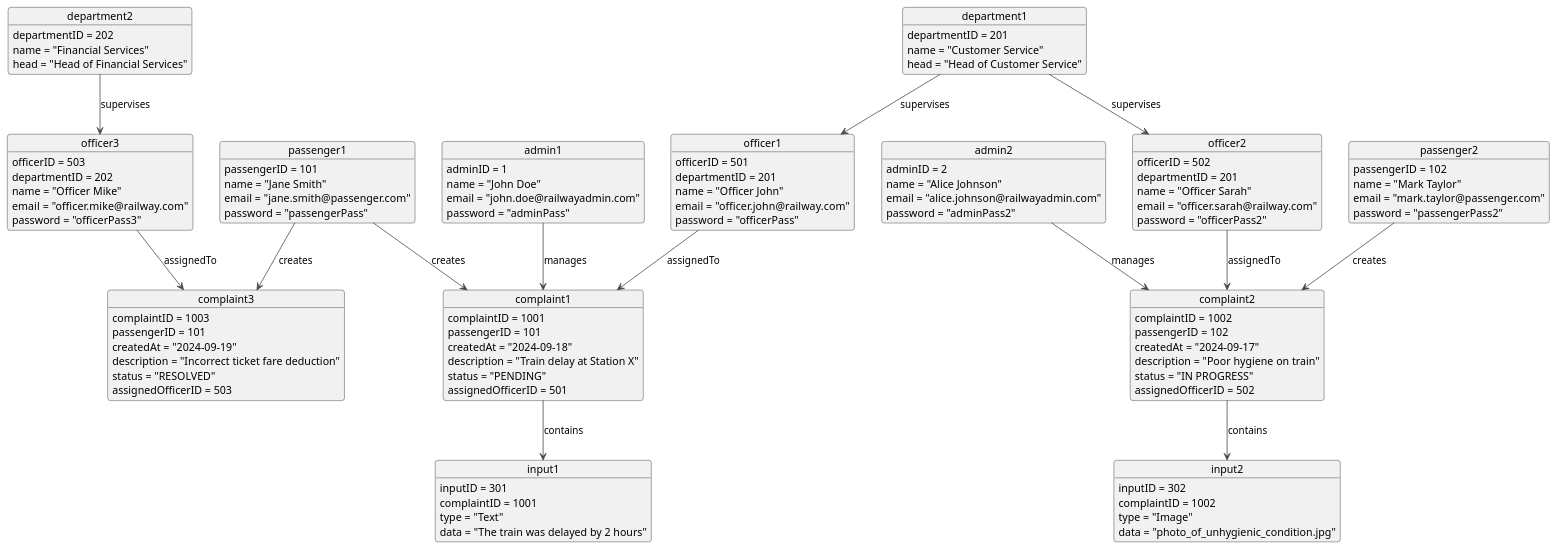
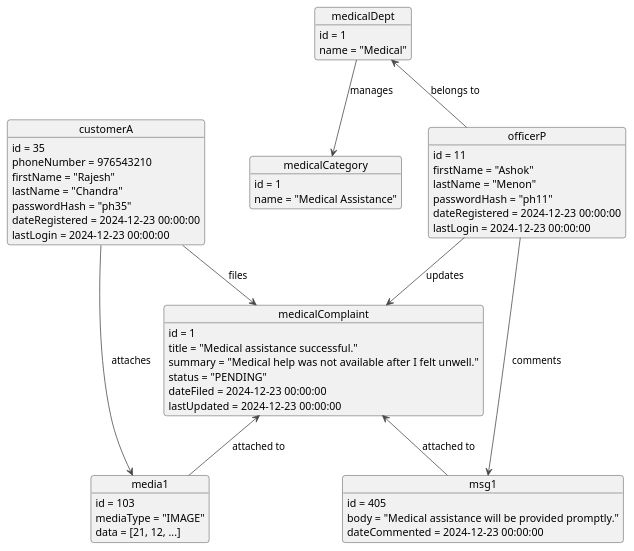
The diagram in uml/object/object.plantuml (Anikate-De/rail-madad), drawn with PlantUML before and after one commit. The commit also changed 1 other file, not shown here.

Commit message:
add object diagram

```diff
--- a/uml/object/object.plantuml
+++ b/uml/object/object.plantuml
@@ -1,126 +1,70 @@
 @startuml
 !theme vibrant
-object department1 {
-  departmentID = 201
-  name = "Customer Service"
-  head = "Head of Customer Service"
+
+object medicalDept {
+  id = 1
+  name = "Medical"
 }
 
-object department2 {
-  departmentID = 202
-  name = "Financial Services"
-  head = "Head of Financial Services"
+object medicalCategory {
+  id = 1
+  name = "Medical Assistance"
 }
 
-object officer1 {
-  officerID = 501
-  departmentID = 201
-  name = "Officer John"
-  email = "officer.john@railway.com"
-  password = "officerPass"
+object officerP {
+  id = 11
+  firstName = "Ashok"
+  lastName = "Menon"
+  passwordHash = "ph11"
+  dateRegistered = 2024-12-23 00:00:00
+  lastLogin = 2024-12-23 00:00:00
 }
 
-object officer2 {
-  officerID = 502
-  departmentID = 201
-  name = "Officer Sarah"
-  email = "officer.sarah@railway.com"
-  password = "officerPass2"
+object customerA {
+  id = 35
+  phoneNumber = 976543210
+  firstName = "Rajesh"
+  lastName = "Chandra"
+  passwordHash = "ph35"
+  dateRegistered = 2024-12-23 00:00:00
+  lastLogin = 2024-12-23 00:00:00
 }
 
-object officer3 {
-  officerID = 503
-  departmentID = 202
-  name = "Officer Mike"
-  email = "officer.mike@railway.com"
-  password = "officerPass3"
+object medicalComplaint {
+  id = 1
+  title = "Medical assistance successful."
+  summary = "Medical help was not available after I felt unwell."
+  status = "PENDING"
+  dateFiled = 2024-12-23 00:00:00
+  lastUpdated = 2024-12-23 00:00:00
 }
 
-object admin1 {
-  adminID = 1
-  name = "John Doe"
-  email = "john.doe@railwayadmin.com"
-  password = "adminPass"
+object media1 {
+  id = 103
+  mediaType = "IMAGE"
+  data = [21, 12, ...]
 }
 
-object admin2 {
-  adminID = 2
-  name = "Alice Johnson"
-  email = "alice.johnson@railwayadmin.com"
-  password = "adminPass2"
+object msg1 {
+  id = 405
+  body = "Medical assistance will be provided promptly."
+  dateCommented = 2024-12-23 00:00:00
 }
 
-object passenger1 {
-  passengerID = 101
-  name = "Jane Smith"
-  email = "jane.smith@passenger.com"
-  password = "passengerPass"
-}
+officerP -up-> medicalDept : belongs to
 
-object passenger2 {
-  passengerID = 102
-  name = "Mark Taylor"
-  email = "mark.taylor@passenger.com"
-  password = "passengerPass2"
-}
+medicalDept -down-> medicalCategory : manages
 
-object complaint1 {
-  complaintID = 1001
-  passengerID = 101
-  createdAt = "2024-09-18"
-  description = "Train delay at Station X"
-  status = "PENDING"
-  assignedOfficerID = 501
-}
+officerP --> msg1 : comments
 
-object complaint2 {
-  complaintID = 1002
-  passengerID = 102
-  createdAt = "2024-09-17"
-  description = "Poor hygiene on train"
-  status = "IN PROGRESS"
-  assignedOfficerID = 502
-}
+msg1 -up-> medicalComplaint : attached to
 
-object complaint3 {
-  complaintID = 1003
-  passengerID = 101
-  createdAt = "2024-09-19"
-  description = "Incorrect ticket fare deduction"
-  status = "RESOLVED"
-  assignedOfficerID = 503
-}
+media1 -up-> medicalComplaint : attached to
 
-object input1 {
-  inputID = 301
-  complaintID = 1001
-  type = "Text"
-  data = "The train was delayed by 2 hours"
-}
+customerA --> medicalComplaint : files
 
-object input2 {
-  inputID = 302
-  complaintID = 1002
-  type = "Image"
-  data = "photo_of_unhygienic_condition.jpg"
-}
+customerA --> media1 : attaches
 
-department1 -down-> officer1 : supervises
-department1 -down-> officer2 : supervises
-department2 -down-> officer3 : supervises
-
-passenger1 --> complaint1 : creates
-passenger2 --> complaint2 : creates
-passenger1 --> complaint3 : creates
-
-officer1 --> complaint1 : assignedTo
-officer2 --> complaint2 : assignedTo
-officer3 --> complaint3 : assignedTo
-
-admin1 --> complaint1 : manages
-admin2 --> complaint2 : manages
-
-complaint1 --> input1 : contains
-complaint2 --> input2 : contains
+officerP --> medicalComplaint : updates
 
 @enduml
```
